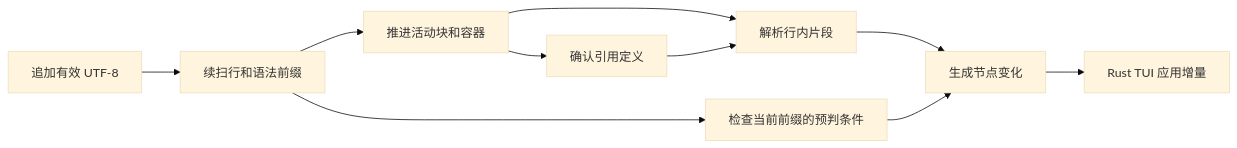
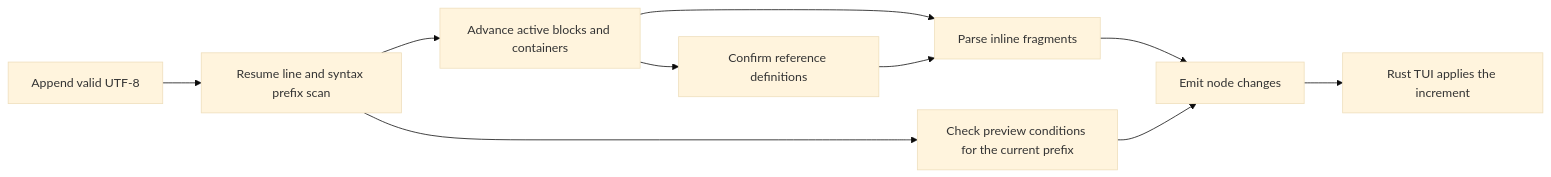
The diagram in docs/design.md (Simon-He95/stream-markdown-rs), drawn with Mermaid (base theme) before and after one commit. The commit also changed other lines of this file and 4 other files, not shown here.

````diff
--- a/docs/design.md
+++ b/docs/design.md
@@ -18,12 +18,12 @@
 ```mermaid
 flowchart LR
-  A["追加有效 UTF-8"] --> B["续扫行和语法前缀"]
-  B --> C["推进活动块和容器"]
-  C --> D["解析行内片段"]
-  C --> E["确认引用定义"]
+  A["Append valid UTF-8"] --> B["Resume line and syntax prefix scan"]
+  B --> C["Advance active blocks and containers"]
+  C --> D["Parse inline fragments"]
+  C --> E["Confirm reference definitions"]
   E --> D
-  B --> F["检查当前前缀的预判条件"]
-  D --> G["生成节点变化"]
+  B --> F["Check preview conditions for the current prefix"]
+  D --> G["Emit node changes"]
   F --> G
-  G --> H["Rust TUI 应用增量"]
+  G --> H["Rust TUI applies the increment"]
 ```
````
